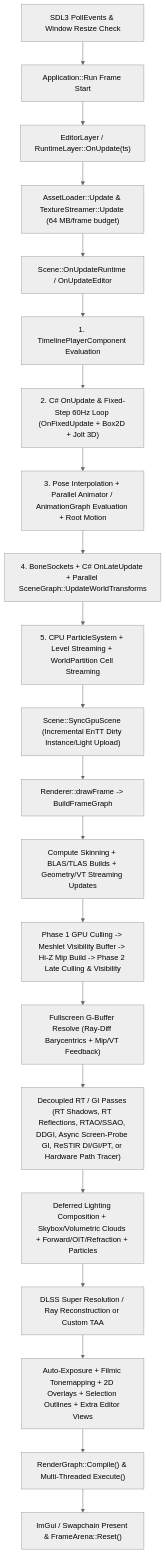
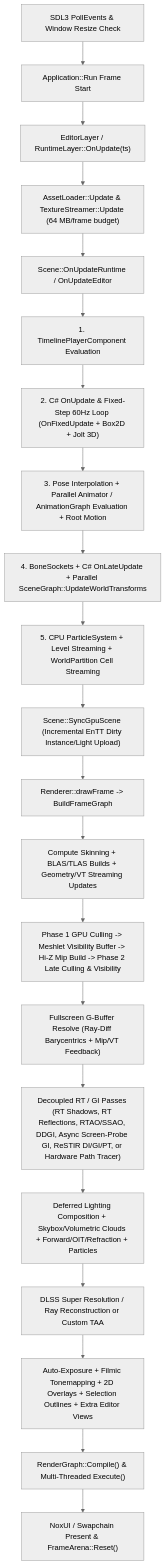
One commit to VanKalanchoe/Noxiouse changed the diagram in docs-site/index.md. Above: the diagram before and after it, drawn with Mermaid (neutral theme). The commit also changed other lines of this file and 219 other files, not shown here.

````diff
--- a/docs-site/index.md
+++ b/docs-site/index.md
@@ -39,23 +39,23 @@
 ```mermaid
 flowchart TD
     A["SDL3 PollEvents & Window Resize Check"] --> B["Application::Run Frame Start"]
     B --> C["EditorLayer / RuntimeLayer::OnUpdate(ts)"]
     C --> D["AssetLoader::Update & TextureStreamer::Update (64 MB/frame budget)"]
     D --> E["Scene::OnUpdateRuntime / OnUpdateEditor"]
     E --> E1["1. TimelinePlayerComponent Evaluation"]
     E1 --> E2["2. C# OnUpdate & Fixed-Step 60Hz Loop (OnFixedUpdate + Box2D + Jolt 3D)"]
     E2 --> E3["3. Pose Interpolation + Parallel Animator / AnimationGraph Evaluation + Root Motion"]
     E3 --> E4["4. BoneSockets + C# OnLateUpdate + Parallel SceneGraph::UpdateWorldTransforms"]
     E4 --> E5["5. CPU ParticleSystem + Level Streaming + WorldPartition Cell Streaming"]
     E5 --> F["Scene::SyncGpuScene (Incremental EnTT Dirty Instance/Light Upload)"]
     F --> G["Renderer::drawFrame -> BuildFrameGraph"]
     G --> G1["Compute Skinning + BLAS/TLAS Builds + Geometry/VT Streaming Updates"]
     G1 --> G2["Phase 1 GPU Culling -> Meshlet Visibility Buffer -> Hi-Z Mip Build -> Phase 2 Late Culling & Visibility"]
     G2 --> G3["Fullscreen G-Buffer Resolve (Ray-Diff Barycentrics + Mip/VT Feedback)"]
     G3 --> G4["Decoupled RT / GI Passes (RT Shadows, RT Reflections, RTAO/SSAO, DDGI, Async Screen-Probe GI, ReSTIR DI/GI/PT, or Hardware Path Tracer)"]
     G4 --> G5["Deferred Lighting Composition + Skybox/Volumetric Clouds + Forward/OIT/Refraction + Particles"]
     G5 --> G6["DLSS Super Resolution / Ray Reconstruction or Custom TAA"]
     G6 --> G7["Auto-Exposure + Filmic Tonemapping + 2D Overlays + Selection Outlines + Extra Editor Views"]
     G7 --> H["RenderGraph::Compile() & Multi-Threaded Execute()"]
-    H --> I["ImGui / Swapchain Present & FrameArena::Reset()"]
+    H --> I["NoxUI / Swapchain Present & FrameArena::Reset()"]
 ```
````
